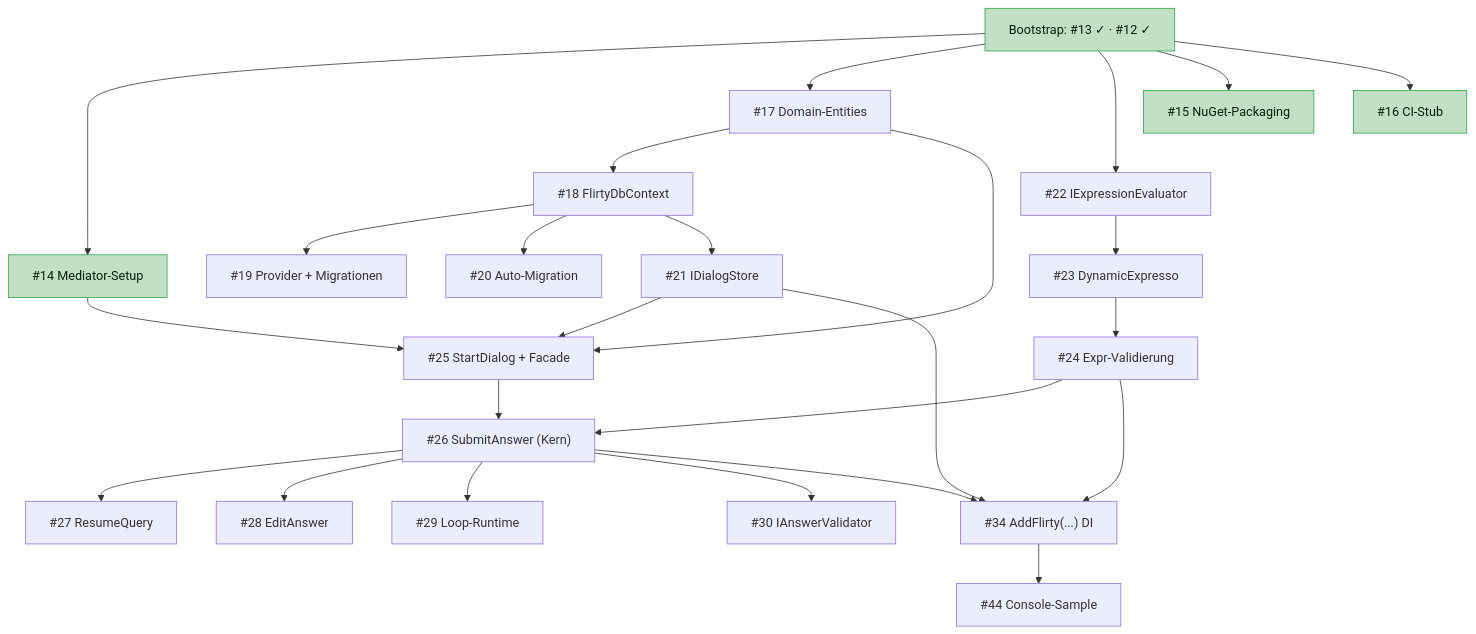
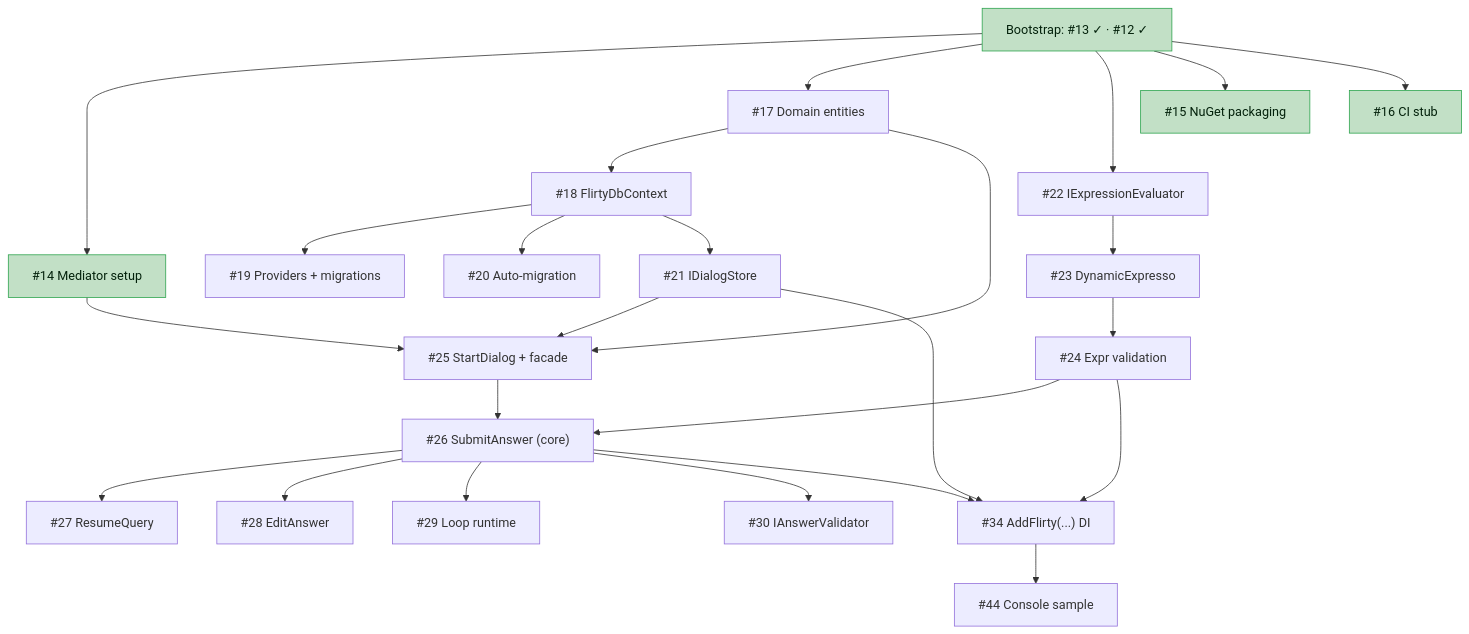
The diagram in docs/ROADMAP.md (dominikz98/flirty), drawn with Mermaid before and after one commit. The commit also changed other lines of this file and 38 other files, not shown here.

````diff
--- a/docs/ROADMAP.md
+++ b/docs/ROADMAP.md
@@ -40,39 +40,39 @@
 ```mermaid
 flowchart TD
     F["Bootstrap: #13 ✓ · #12 ✓"]:::done
 
-    F --> E14["#14 Mediator-Setup"]:::done
-    F --> E17["#17 Domain-Entities"]
+    F --> E14["#14 Mediator setup"]:::done
+    F --> E17["#17 Domain entities"]
     F --> E22["#22 IExpressionEvaluator"]
-    F --> E15["#15 NuGet-Packaging"]:::done
-    F --> E16["#16 CI-Stub"]:::done
+    F --> E15["#15 NuGet packaging"]:::done
+    F --> E16["#16 CI stub"]:::done
 
-    %% Strang A – Persistenz (EPIC 1)
+    %% Strand A – persistence (EPIC 1)
     E17 --> E18["#18 FlirtyDbContext"]
-    E18 --> E19["#19 Provider + Migrationen"]
-    E18 --> E20["#20 Auto-Migration"]
+    E18 --> E19["#19 Providers + migrations"]
+    E18 --> E20["#20 Auto-migration"]
     E18 --> E21["#21 IDialogStore"]
 
-    %% Strang B – Expression-Engine (EPIC 2)
+    %% Strand B – expression engine (EPIC 2)
     E22 --> E23["#23 DynamicExpresso"]
-    E23 --> E24["#24 Expr-Validierung"]
+    E23 --> E24["#24 Expr validation"]
 
-    %% Strang C – Runtime (EPIC 3) = Konvergenzpunkt
-    E14 --> E25["#25 StartDialog + Facade"]
+    %% Strand C – runtime (EPIC 3) = convergence point
+    E14 --> E25["#25 StartDialog + facade"]
     E17 --> E25
     E21 --> E25
-    E25 --> E26["#26 SubmitAnswer (Kern)"]
+    E25 --> E26["#26 SubmitAnswer (core)"]
     E24 --> E26
     E26 --> E27["#27 ResumeQuery"]
     E26 --> E28["#28 EditAnswer"]
-    E26 --> E29["#29 Loop-Runtime"]
+    E26 --> E29["#29 Loop runtime"]
     E26 --> E30["#30 IAnswerValidator"]
 
-    %% Integration / M1-Abnahme
+    %% Integration / M1 acceptance
     E26 --> E34["#34 AddFlirty(...) DI"]
     E21 --> E34
     E24 --> E34
-    E34 --> E44["#44 Console-Sample"]
+    E34 --> E44["#44 Console sample"]
 
     classDef done fill:#c2e0c6,stroke:#2da44e,color:#03210b;
 ```
````
